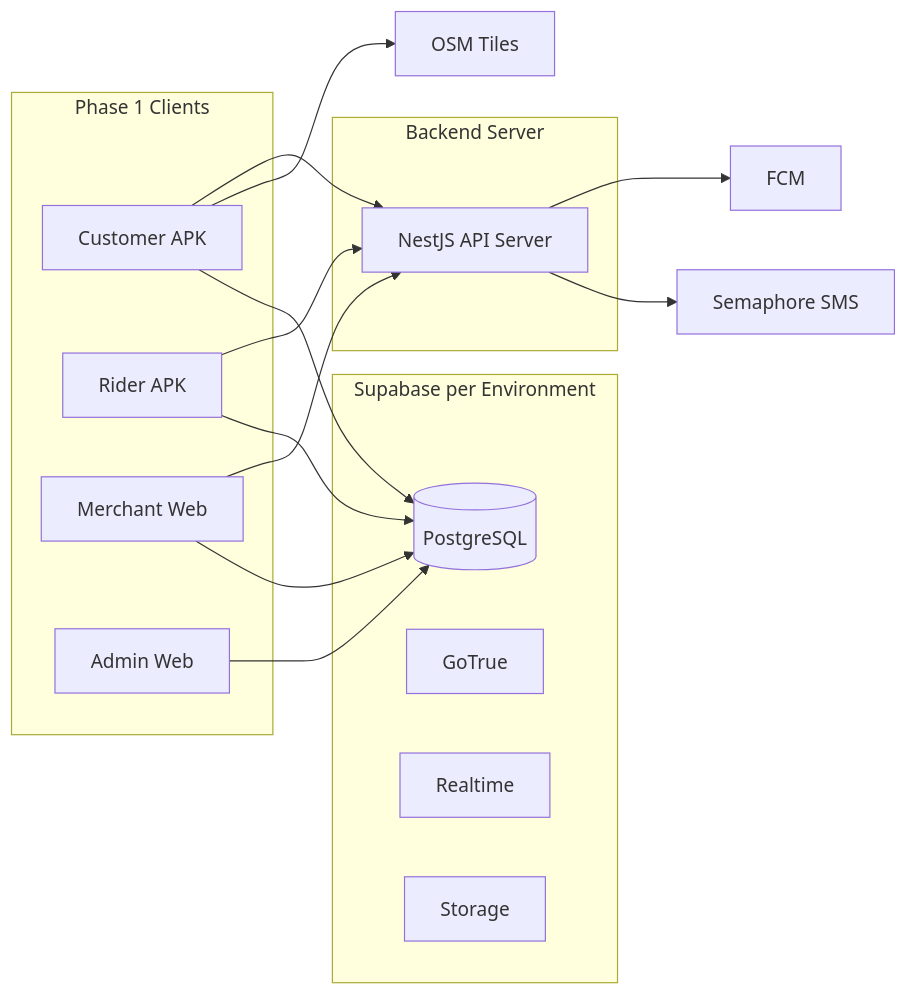
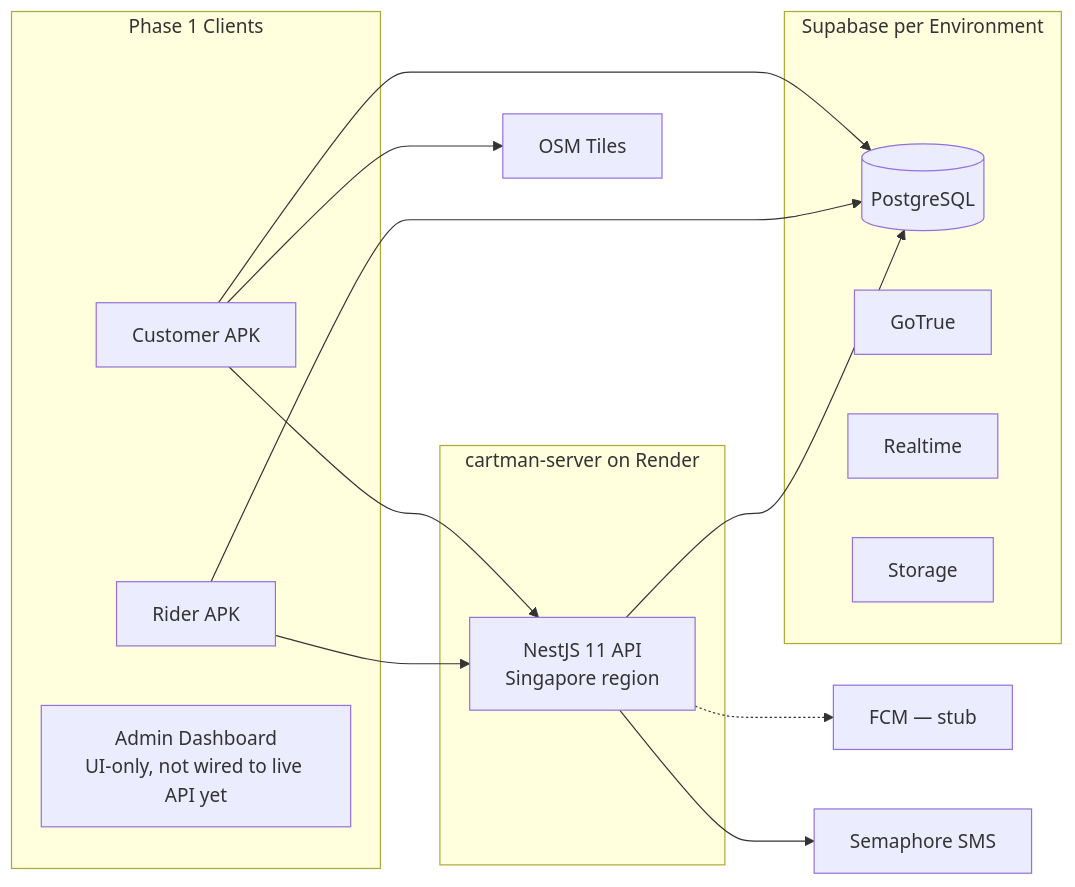
Before and after one commit to xzen-projects/cartman-ph-docs: the diagram in docs/breakdown/strategy.md, drawn with Mermaid. The commit also changed other lines of this file and 3 other files, not shown here.

First line of the commit message:
docs: mirror architecture reconciliation into breakdown docs

````diff
--- a/docs/breakdown/strategy.md
+++ b/docs/breakdown/strategy.md
@@ -124,35 +122,32 @@
 ```mermaid
 flowchart LR
   subgraph clients [Phase 1 Clients]
     AndroidCust[Customer APK]
     AndroidRider[Rider APK]
-    WebMerchant[Merchant Web]
-    WebAdmin[Admin Web]
+    WebAdmin[Admin Dashboard\nUI-only, not wired to live API yet]
   end
 
   subgraph supa [Supabase per Environment]
     PG[(PostgreSQL)]
     AuthSvc[GoTrue]
     RTSvc[Realtime]
     StorageSvc[Storage]
   end
 
-  subgraph backend [Backend Server]
-    NestAPI[NestJS API Server]
+  subgraph backend [cartman-server on Render]
+    NestAPI[NestJS 11 API\nSingapore region]
   end
 
-  FCM[FCM]
+  FCM[FCM — stub]
   Semaphore[Semaphore SMS]
   OSM[OSM Tiles]
 
   AndroidCust --> PG
   AndroidRider --> PG
-  WebMerchant --> PG
-  WebAdmin --> PG
   AndroidCust --> OSM
   AndroidCust --> NestAPI
   AndroidRider --> NestAPI
-  WebMerchant --> NestAPI
+  NestAPI --> PG
   NestAPI --> Semaphore
-  NestAPI --> FCM
+  NestAPI -.-> FCM
 ```
````
